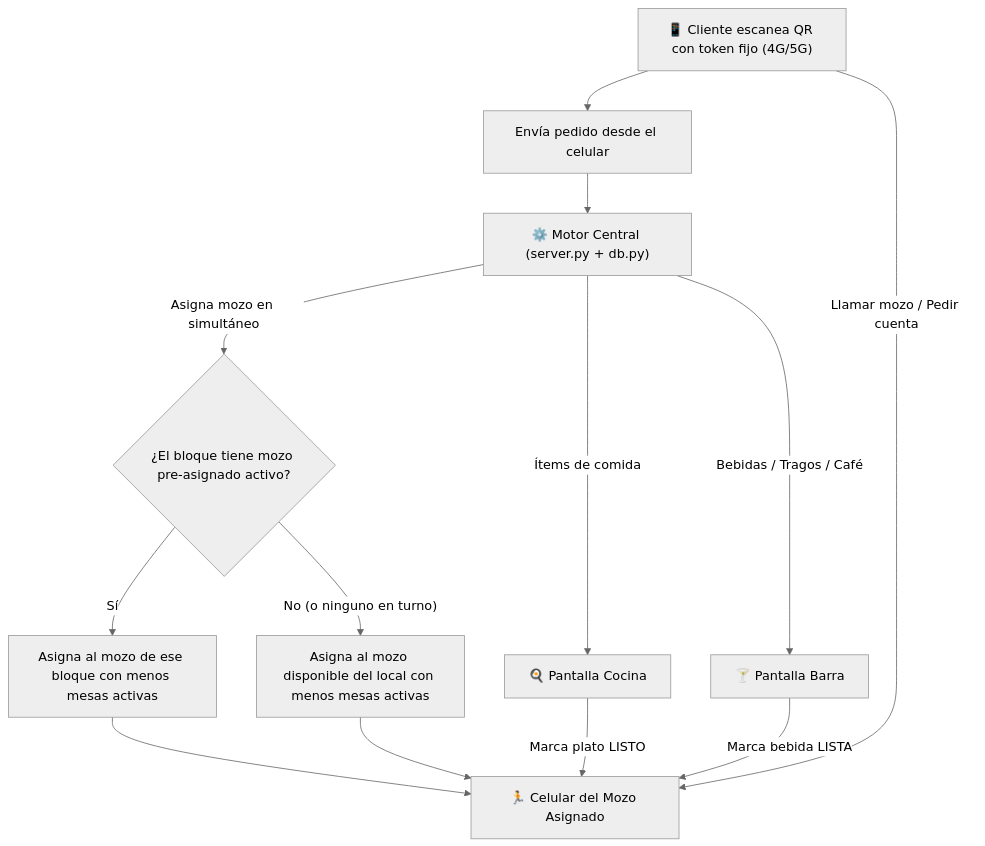
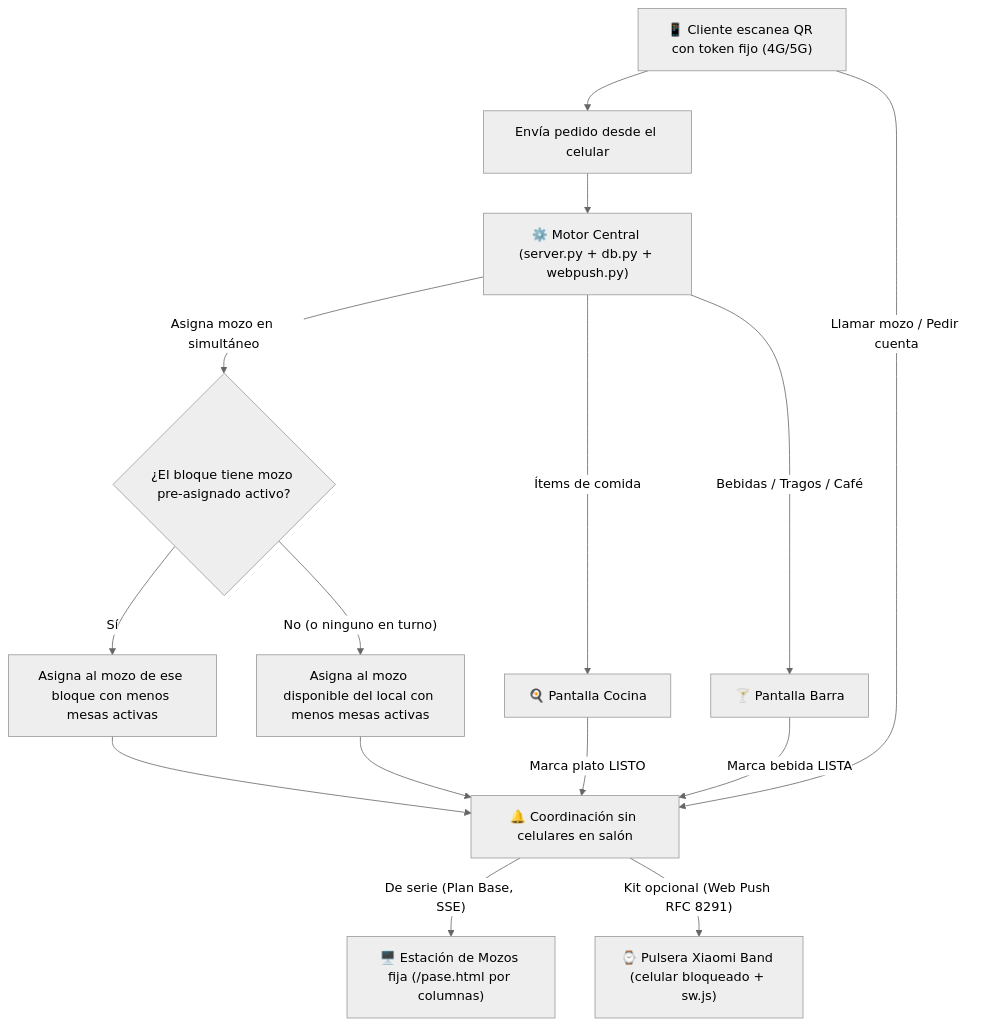
The diagram in docs/arquitectura_salelisto.md (colo03/menues), drawn with Mermaid (neutral theme) before and after one commit. The commit also changed other lines of this file and 30 other files, not shown here.

First line of the commit message:
feat: Estación de Mozos fija (pase.html), Modo Pulsera Web Push RFC 8291/8292 en Python puro y spot v5 Sin celulares

````diff
--- a/docs/arquitectura_salelisto.md
+++ b/docs/arquitectura_salelisto.md
@@ -19,19 +20,22 @@
 ```mermaid
 flowchart TD
     QR["📱 Cliente escanea QR con token fijo (4G/5G)"] --> Pedido["Envía pedido desde el celular"]
-    Pedido --> Motor["⚙️ Motor Central (server.py + db.py)"]
+    Pedido --> Motor["⚙️ Motor Central (server.py + db.py + webpush.py)"]
 
     Motor -->|"Ítems de comida"| Cocina["🍳 Pantalla Cocina"]
     Motor -->|"Bebidas / Tragos / Café"| Barra["🍸 Pantalla Barra"]
     Motor -->|"Asigna mozo en simultáneo"| Regla{"¿El bloque tiene mozo pre-asignado activo?"}
 
     Regla -->|"Sí"| MSec["Asigna al mozo de ese bloque con menos mesas activas"]
     Regla -->|"No (o ninguno en turno)"| MAuto["Asigna al mozo disponible del local con menos mesas activas"]
 
-    MSec --> AppMozo["🏃 Celular del Mozo Asignado"]
-    MAuto --> AppMozo
+    MSec --> Coord["🔔 Coordinación sin celulares en salón"]
+    MAuto --> Coord
 
-    Cocina -->|"Marca plato LISTO"| AppMozo
-    Barra -->|"Marca bebida LISTA"| AppMozo
-    QR -->|"Llamar mozo / Pedir cuenta"| AppMozo
+    Cocina -->|"Marca plato LISTO"| Coord
+    Barra -->|"Marca bebida LISTA"| Coord
+    QR -->|"Llamar mozo / Pedir cuenta"| Coord
+
+    Coord -->|"De serie (Plan Base, SSE)"| Pase["🖥️ Estación de Mozos fija (/pase.html por columnas)"]
+    Coord -->|"Kit opcional (Web Push RFC 8291)"| Pulsera["⌚ Pulsera Xiaomi Band (celular bloqueado + sw.js)"]
 ```
````
